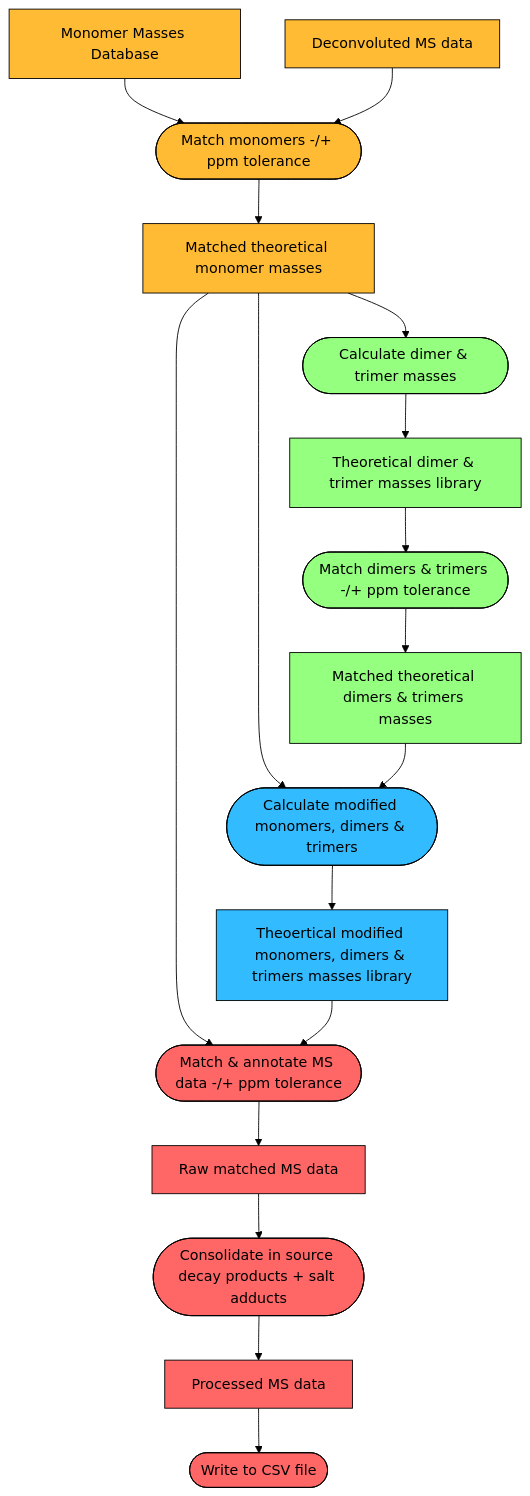
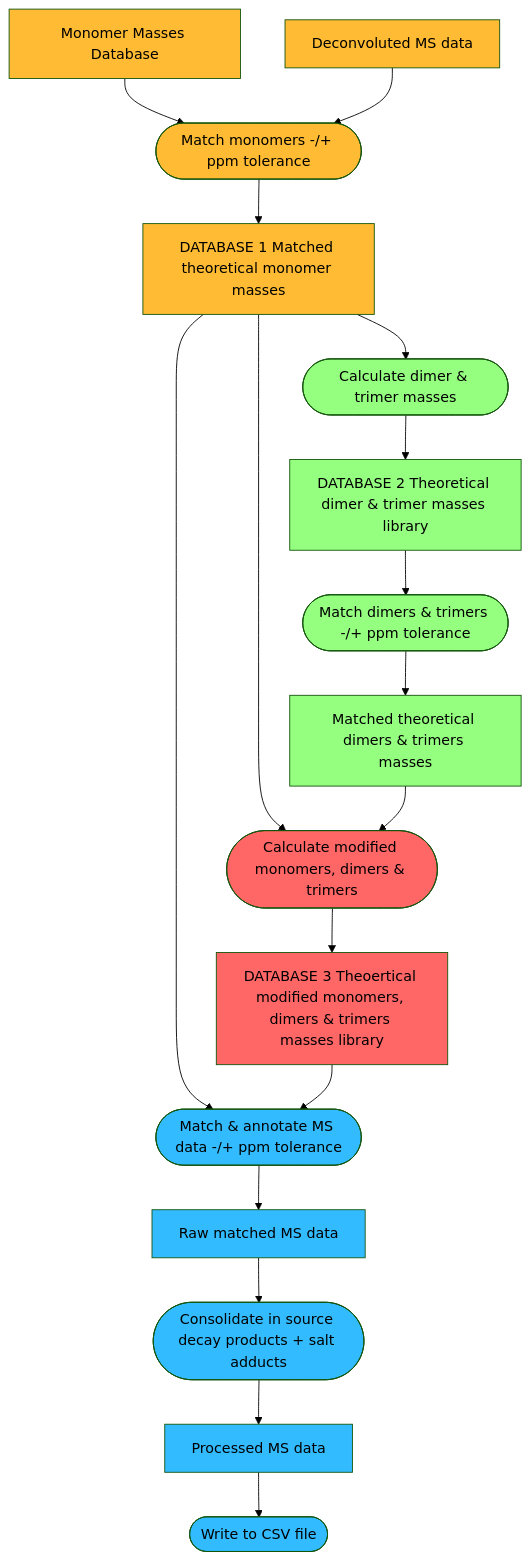
The diagram in docs/introduction.md (Mesnage-Org/pgfinder), drawn with Mermaid (forest theme) before and after one commit. The commit also changed other lines of this file, not shown here.

Commit message:
105 | Adding text to Methods section and tweaking diagram colours.

````diff
--- a/docs/introduction.md
+++ b/docs/introduction.md
@@ -27,35 +39,35 @@
 ```{mermaid}
 graph TD;
 
     A[Monomer Masses Database] --> C[Match monomers]
     B[Deconvoluted MS data] --> C([Match monomers -/+ ppm tolerance])
-    C --> D[Matched theoretical monomer masses]
+    C --> D[DATABASE 1 Matched theoretical monomer masses]
     D --> E([Calculate dimer & trimer masses])
     D --> I([Calculate modified monomers, dimers & trimers])
     D --> K([Match & annotate MS data -/+ ppm tolerance])
-    E --> F[Theoretical dimer & trimer masses library]
+    E --> F[DATABASE 2 Theoretical dimer & trimer masses library]
     F --> G([Match dimers & trimers -/+ ppm tolerance])
     G --> H[Matched theoretical dimers & trimers masses]
     H --> I
-    I --> J[Theoertical modified monomers, dimers & trimers masses library]
+    I --> J[DATABASE 3 Theoertical modified monomers, dimers & trimers masses library]
     J --> K
     K --> L[Raw matched MS data]
     L --> M([Consolidate in source decay products + salt adducts])
     M --> N[Processed MS data]
     N --> O([Write to CSV file])
-    style A fill:#FFBB33,stroke:#000000
-    style B fill:#FFBB33,stroke:#000000
-    style C fill:#FFBB33,stroke:#000000
-    style D fill:#FFBB33,stroke:#000000
-    style E fill:#95FF80,stroke:#000000
-    style F fill:#95FF80,stroke:#000000
-    style G fill:#95FF80,stroke:#000000
-    style H fill:#95FF80,stroke:#000000
-    style I fill:#33BBFF,stroke:#000000
-    style J fill:#33BBFF,stroke:#000000
-    style K fill:#FF6666,stroke:#000000
-    style L fill:#FF6666,stroke:#000000
-    style M fill:#FF6666,stroke:#000000
-    style N fill:#FF6666,stroke:#000000
-    style O fill:#FF6666,stroke:#000000
+    style A fill:#FFBB33
+    style B fill:#FFBB33
+    style C fill:#FFBB33
+    style D fill:#FFBB33
+    style E fill:#95FF80
+    style F fill:#95FF80
+    style G fill:#95FF80
+    style H fill:#95FF80
+    style I fill:#FF6666
+    style J fill:#FF6666
+    style K fill:#33BBFF
+    style L fill:#33BBFF
+    style M fill:#33BBFF
+    style N fill:#33BBFF
+    style O fill:#33BBFF
 ```
````
